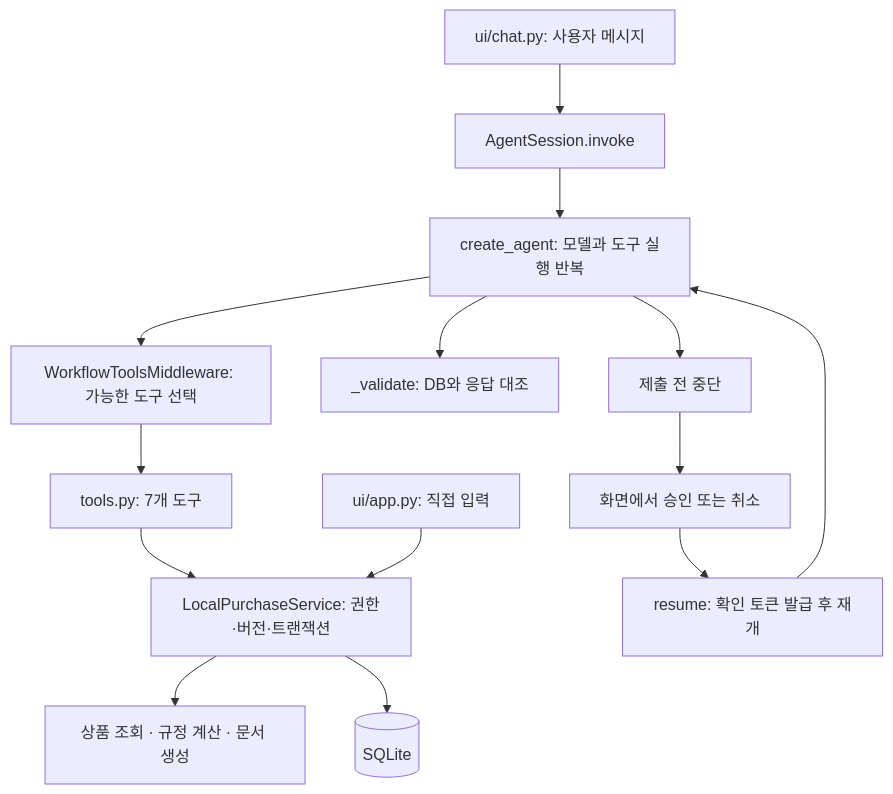
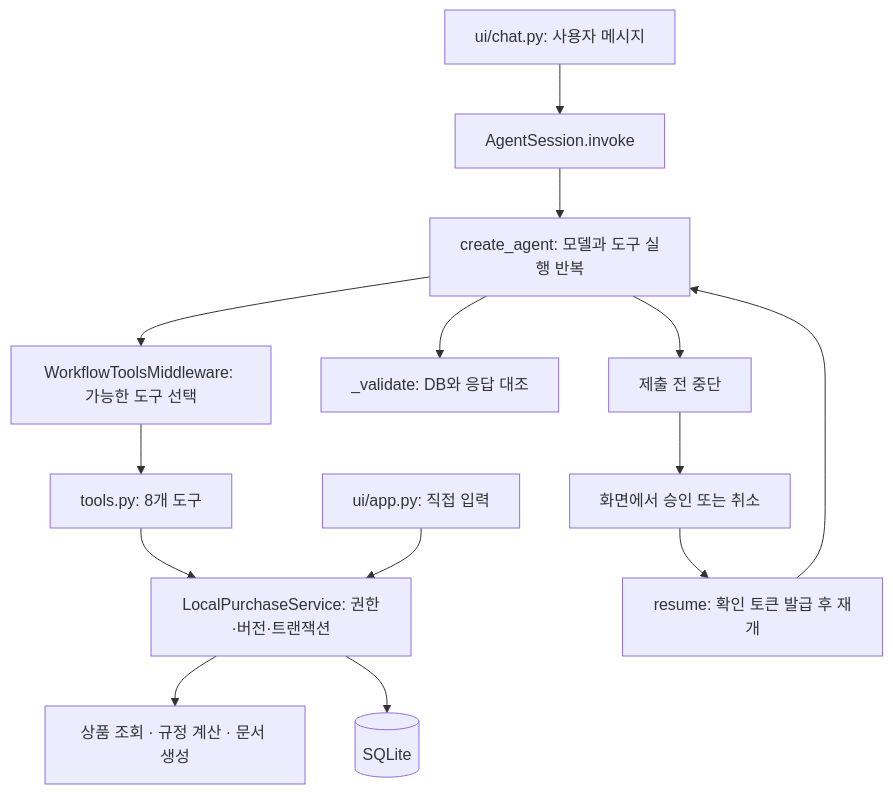
Before and after one commit to pbjuni1007-cmyk/sk-task: the diagram in docs/guides/AGENT_FLOW.md, drawn with Mermaid. The commit also changed other lines of this file and 32 other files, not shown here.

````diff
--- a/docs/guides/AGENT_FLOW.md
+++ b/docs/guides/AGENT_FLOW.md
@@ -5,16 +5,16 @@
 ```mermaid
 flowchart TD
     UI[ui/chat.py: 사용자 메시지] --> Invoke[AgentSession.invoke]
     Invoke --> Graph[create_agent: 모델과 도구 실행 반복]
     Graph --> Middleware[WorkflowToolsMiddleware: 가능한 도구 선택]
-    Middleware --> Tools[tools.py: 7개 도구]
+    Middleware --> Tools[tools.py: 8개 도구]
     Tools --> Service[LocalPurchaseService: 권한·버전·트랜잭션]
     Direct[ui/app.py: 직접 입력] --> Service
     Service --> Work[상품 조회 · 규정 계산 · 문서 생성]
     Service --> DB[(SQLite)]
     Graph --> Result[_validate: DB와 응답 대조]
     Graph --> Gate[제출 전 중단]
     Gate --> Human[화면에서 승인 또는 취소]
     Human --> Resume[resume: 확인 토큰 발급 후 재개]
     Resume --> Graph
 ```
````
